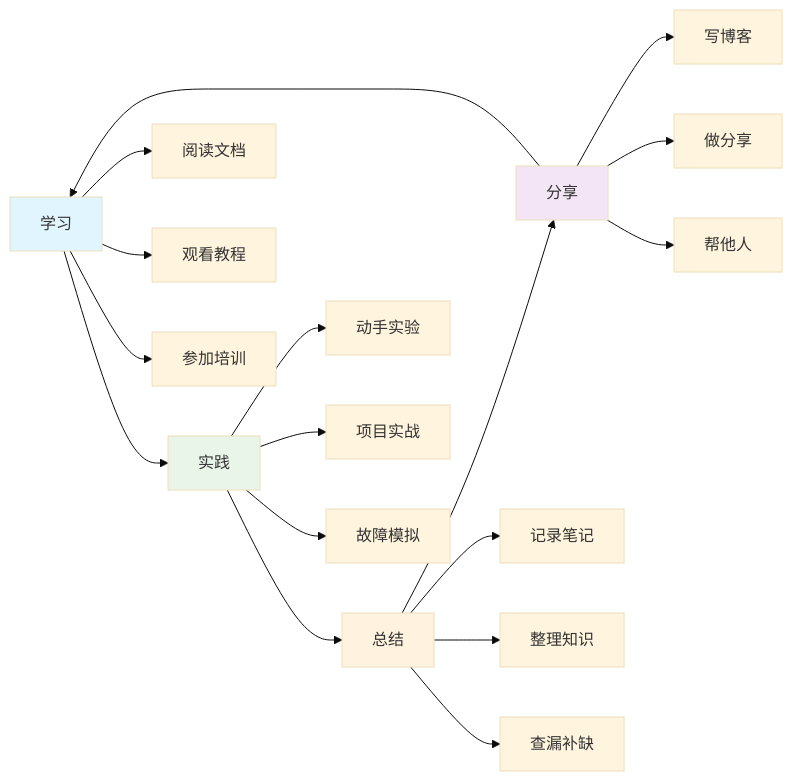
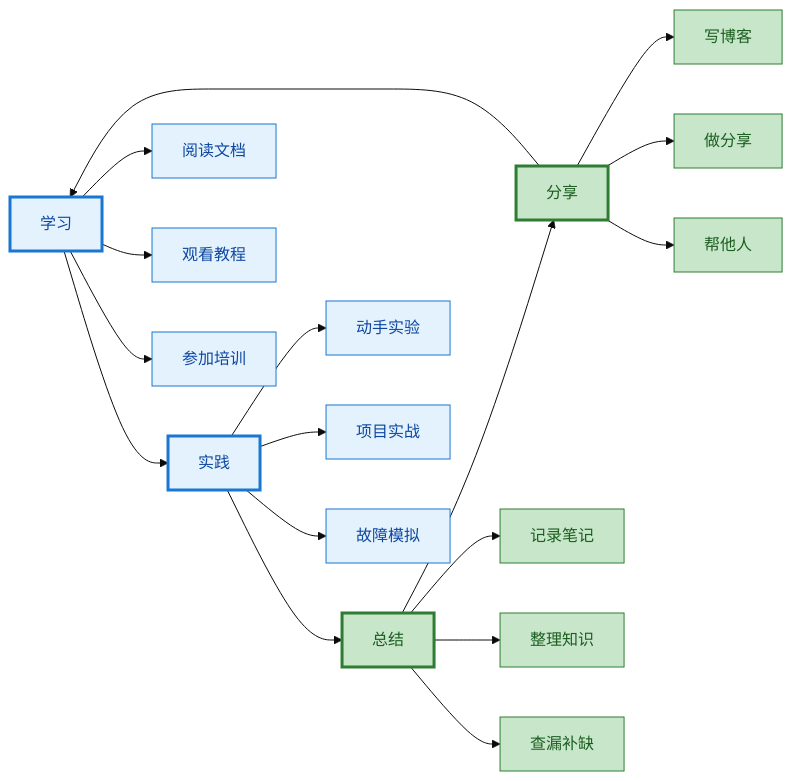
The fifth of 5 diagrams in README.md (lin327/DevOps-Learning-Hub), drawn with Mermaid (base theme) before and after one commit. The commit also changed other lines of this file, not shown here.

Commit message:
更新 Mermaid 流程图使用双色方案

````diff
--- a/README.md
+++ b/README.md
@@ -509,28 +714,40 @@
 ```mermaid
 graph LR
     A[学习] --> B[实践]
     B --> C[总结]
     C --> D[分享]
     D --> A
     
     A --> A1[阅读文档]
     A --> A2[观看教程]
     A --> A3[参加培训]
     
     B --> B1[动手实验]
     B --> B2[项目实战]
     B --> B3[故障模拟]
     
     C --> C1[记录笔记]
     C --> C2[整理知识]
     C --> C3[查漏补缺]
     
     D --> D1[写博客]
     D --> D2[做分享]
     D --> D3[帮他人]
     
-    style A fill:#e1f5fe
-    style B fill:#e8f5e8
-    style C fill:#fff3e0
-    style D fill:#f3e5f5
+    style A fill:#e3f2fd,stroke:#1976d2,stroke-width:3px,color:#0d47a1
+    style B fill:#e3f2fd,stroke:#1976d2,stroke-width:3px,color:#0d47a1
+    style C fill:#c8e6c9,stroke:#2e7d32,stroke-width:3px,color:#1b5e20
+    style D fill:#c8e6c9,stroke:#2e7d32,stroke-width:3px,color:#1b5e20
+    style A1 fill:#e3f2fd,stroke:#1976d2,stroke-width:1px,color:#0d47a1
+    style A2 fill:#e3f2fd,stroke:#1976d2,stroke-width:1px,color:#0d47a1
+    style A3 fill:#e3f2fd,stroke:#1976d2,stroke-width:1px,color:#0d47a1
+    style B1 fill:#e3f2fd,stroke:#1976d2,stroke-width:1px,color:#0d47a1
+    style B2 fill:#e3f2fd,stroke:#1976d2,stroke-width:1px,color:#0d47a1
+    style B3 fill:#e3f2fd,stroke:#1976d2,stroke-width:1px,color:#0d47a1
+    style C1 fill:#c8e6c9,stroke:#2e7d32,stroke-width:1px,color:#1b5e20
+    style C2 fill:#c8e6c9,stroke:#2e7d32,stroke-width:1px,color:#1b5e20
+    style C3 fill:#c8e6c9,stroke:#2e7d32,stroke-width:1px,color:#1b5e20
+    style D1 fill:#c8e6c9,stroke:#2e7d32,stroke-width:1px,color:#1b5e20
+    style D2 fill:#c8e6c9,stroke:#2e7d32,stroke-width:1px,color:#1b5e20
+    style D3 fill:#c8e6c9,stroke:#2e7d32,stroke-width:1px,color:#1b5e20
 ```
````
